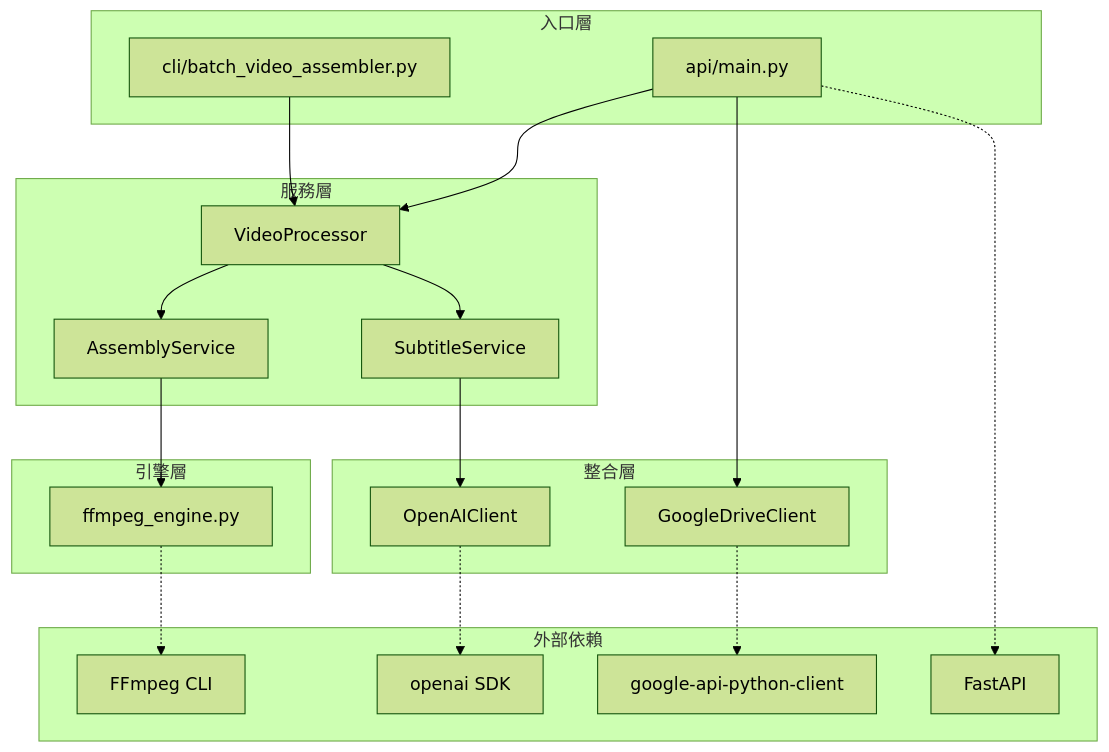
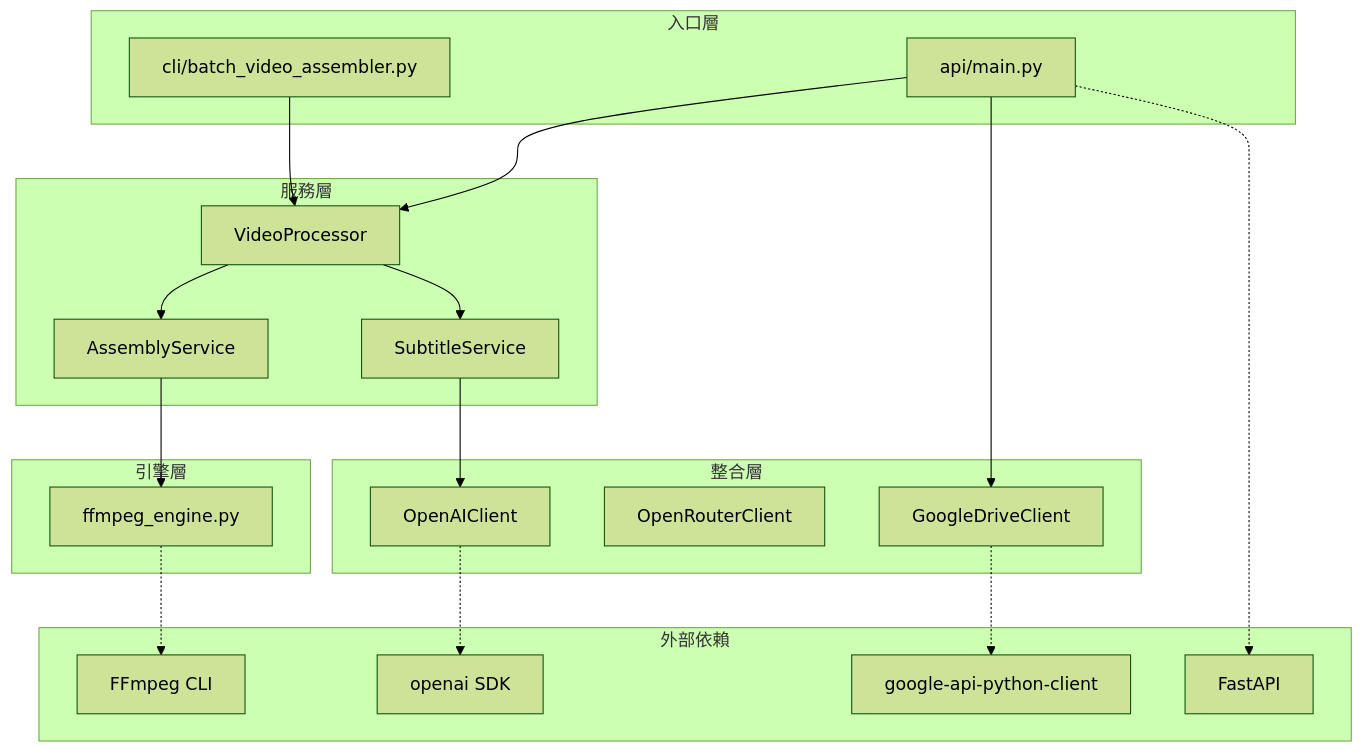
Before and after one commit to tomdhyang-byte/video_assembler: the third of 3 diagrams in CODE_ARCHITECTURE.md, drawn with Mermaid (forest theme). The commit also changed other lines of this file and 5 other files, not shown here.

Commit message:
feat: Add OpenRouter client for AI-powered subtitle segmentation, integrating it into the subtitle service and updating documentation.

````diff
--- a/CODE_ARCHITECTURE.md
+++ b/CODE_ARCHITECTURE.md
@@ -273,42 +289,43 @@
 ```mermaid
 graph TD
     subgraph "入口層"
         API[api/main.py]
         CLI[cli/batch_video_assembler.py]
     end
     
     subgraph "服務層"
         VP[VideoProcessor]
         SS[SubtitleService]
         AS[AssemblyService]
     end
     
     subgraph "引擎層"
         ENG[ffmpeg_engine.py]
     end
     
     subgraph "整合層"
         OPENAI[OpenAIClient]
+        OPENROUTER[OpenRouterClient]
         GDRIVE[GoogleDriveClient]
     end
     
     subgraph "外部依賴"
         FFMPEG[FFmpeg CLI]
         OAI_SDK[openai SDK]
         GAPI[google-api-python-client]
         FASTAPI[FastAPI]
     end
     
     API --> VP
     API --> GDRIVE
     CLI --> VP
     VP --> SS
     VP --> AS
     AS --> ENG
     SS --> OPENAI
     
     ENG -.-> FFMPEG
     OPENAI -.-> OAI_SDK
     GDRIVE -.-> GAPI
     API -.-> FASTAPI
 ```
````
